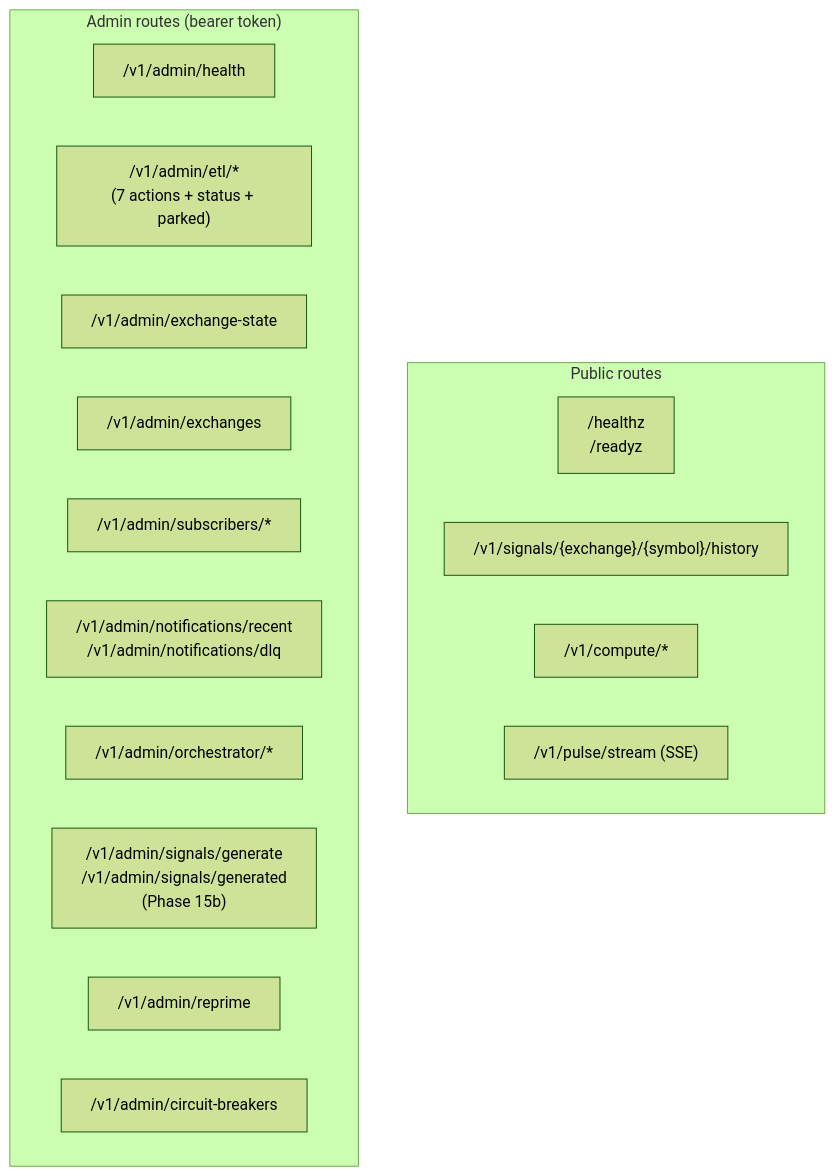
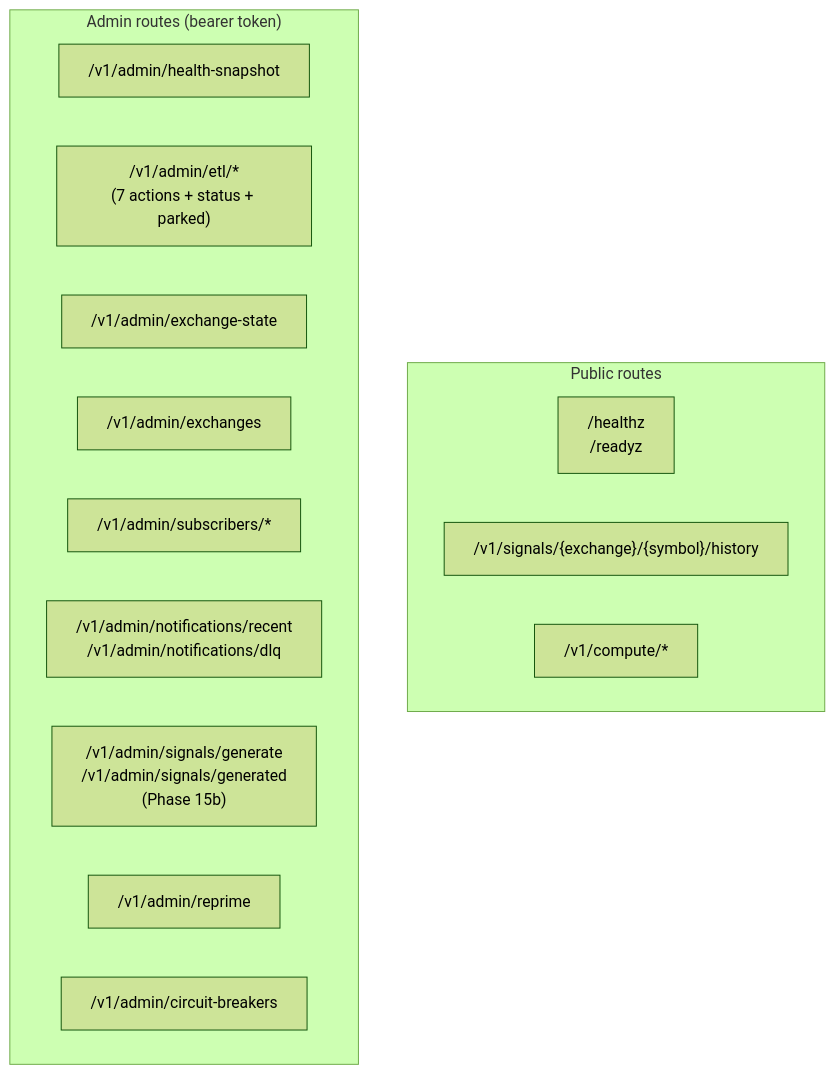
The sixth of 15 diagrams in 01_FUNCTIONALITY.md (UBags/WeeklyStockSignals), drawn with Mermaid (forest theme) before and after one commit. The commit also changed other lines of this file and 30 other files, not shown here.

````diff
--- a/01_FUNCTIONALITY.md
+++ b/01_FUNCTIONALITY.md
@@ -232,21 +232,19 @@
 ```mermaid
 flowchart TB
     subgraph public["Public routes"]
         h["/healthz<br/>/readyz"]
         sig["/v1/signals/{exchange}/{symbol}/history"]
         cmp["/v1/compute/*"]
-        pulse["/v1/pulse/stream  (SSE)"]
     end
     subgraph admin["Admin routes (bearer token)"]
-        adm["/v1/admin/health"]
+        adm["/v1/admin/health-snapshot"]
         adm_etl["/v1/admin/etl/*<br/>(7 actions + status + parked)"]
         adm_exst["/v1/admin/exchange-state"]
         adm_ex["/v1/admin/exchanges"]
         adm_sub["/v1/admin/subscribers/*"]
         adm_notif["/v1/admin/notifications/recent<br/>/v1/admin/notifications/dlq"]
-        adm_orch["/v1/admin/orchestrator/*"]
         adm_sig["/v1/admin/signals/generate<br/>/v1/admin/signals/generated<br/>(Phase 15b)"]
         adm_reprime["/v1/admin/reprime"]
         adm_cb["/v1/admin/circuit-breakers"]
     end
 ```
````
